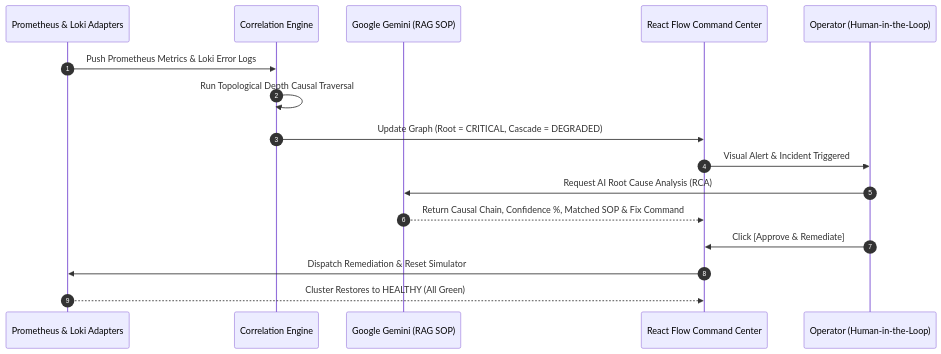
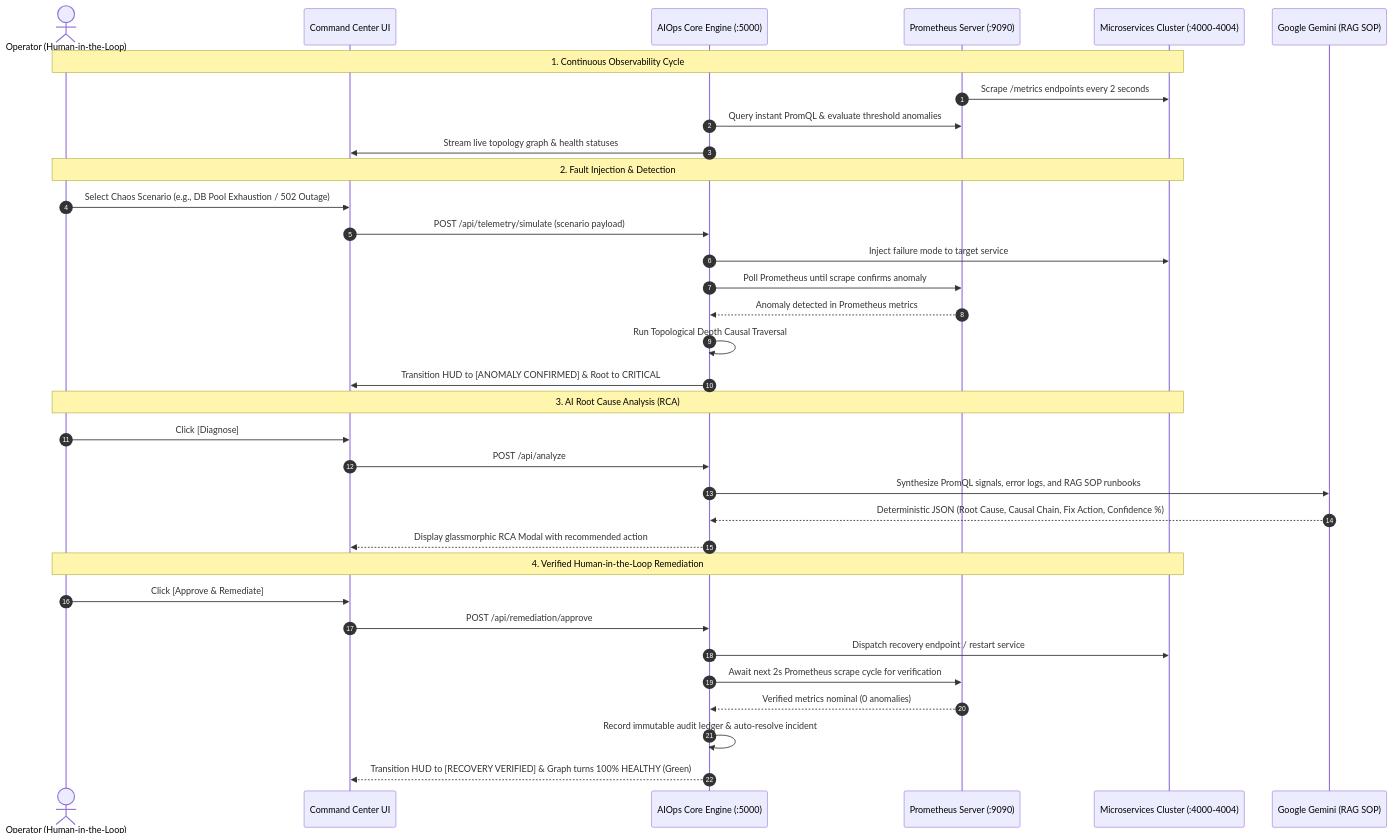
One commit to mayurZope06/Intelligent-AIOps changed the second of 2 diagrams in README.md. Above: the diagram before and after it, drawn with Mermaid. The commit also changed other lines of this file and 2 other files, not shown here.

Commit message:
docs: update README with microservices architecture, Prometheus telemetry engine, and project authors

````diff
--- a/README.md
+++ b/README.md
@@ -81,19 +102,40 @@
 ```mermaid
 sequenceDiagram
     autonumber
-    participant Adapter as Prometheus & Loki Adapters
-    participant Engine as Correlation Engine
-    participant LLM as Google Gemini (RAG SOP)
-    participant UI as React Flow Command Center
-    participant SRE as Operator (Human-in-the-Loop)
+    actor SRE as Operator (Human-in-the-Loop)
+    participant UI as Command Center UI
+    participant Backend as AIOps Core Engine (:5000)
+    participant Prom as Prometheus Server (:9090)
+    participant Micro as Microservices Cluster (:4000-4004)
+    participant Gemini as Google Gemini (RAG SOP)
 
-    Adapter->>Engine: Push Prometheus Metrics & Loki Error Logs
-    Engine->>Engine: Run Topological Depth Causal Traversal
-    Engine->>UI: Update Graph (Root = CRITICAL, Cascade = DEGRADED)
-    UI->>SRE: Visual Alert & Incident Triggered
-    SRE->>LLM: Request AI Root Cause Analysis (RCA)
-    LLM-->>UI: Return Causal Chain, Confidence %, Matched SOP & Fix Command
+    Note over SRE,Micro: 1. Continuous Observability Cycle
+    Prom->>Micro: Scrape /metrics endpoints every 2 seconds
+    Backend->>Prom: Query instant PromQL & evaluate threshold anomalies
+    Backend->>UI: Stream live topology graph & health statuses
+
+    Note over SRE,Micro: 2. Fault Injection & Detection
+    SRE->>UI: Select Chaos Scenario (e.g., DB Pool Exhaustion / 502 Outage)
+    UI->>Backend: POST /api/telemetry/simulate (scenario payload)
+    Backend->>Micro: Inject failure mode to target service
+    Backend->>Prom: Poll Prometheus until scrape confirms anomaly
+    Prom-->>Backend: Anomaly detected in Prometheus metrics
+    Backend->>Backend: Run Topological Depth Causal Traversal
+    Backend->>UI: Transition HUD to [ANOMALY CONFIRMED] & Root to CRITICAL
+
+    Note over SRE,Micro: 3. AI Root Cause Analysis (RCA)
+    SRE->>UI: Click [Diagnose]
+    UI->>Backend: POST /api/analyze
+    Backend->>Gemini: Synthesize PromQL signals, error logs, and RAG SOP runbooks
+    Gemini-->>Backend: Deterministic JSON (Root Cause, Causal Chain, Fix Action, Confidence %)
+    Backend-->>UI: Display glassmorphic RCA Modal with recommended action
+
+    Note over SRE,Micro: 4. Verified Human-in-the-Loop Remediation
     SRE->>UI: Click [Approve & Remediate]
-    UI->>Adapter: Dispatch Remediation & Reset Simulator
-    Adapter-->>UI: Cluster Restores to HEALTHY (All Green)
+    UI->>Backend: POST /api/remediation/approve
+    Backend->>Micro: Dispatch recovery endpoint / restart service
+    Backend->>Prom: Await next 2s Prometheus scrape cycle for verification
+    Prom-->>Backend: Verified metrics nominal (0 anomalies)
+    Backend->>Backend: Record immutable audit ledger & auto-resolve incident
+    Backend-->>UI: Transition HUD to [RECOVERY VERIFIED] & Graph turns 100% HEALTHY (Green)
 ```
````
